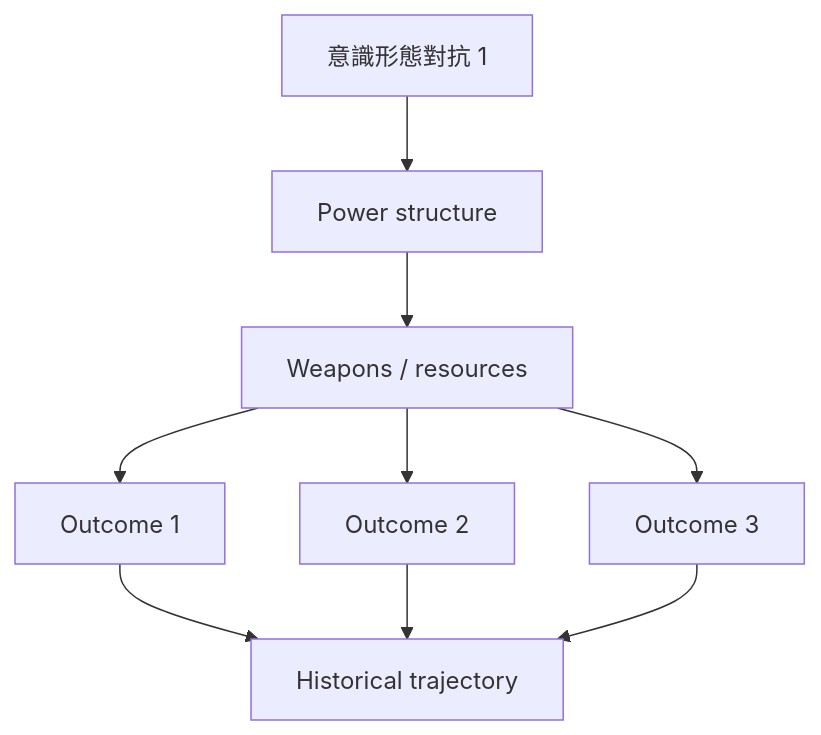
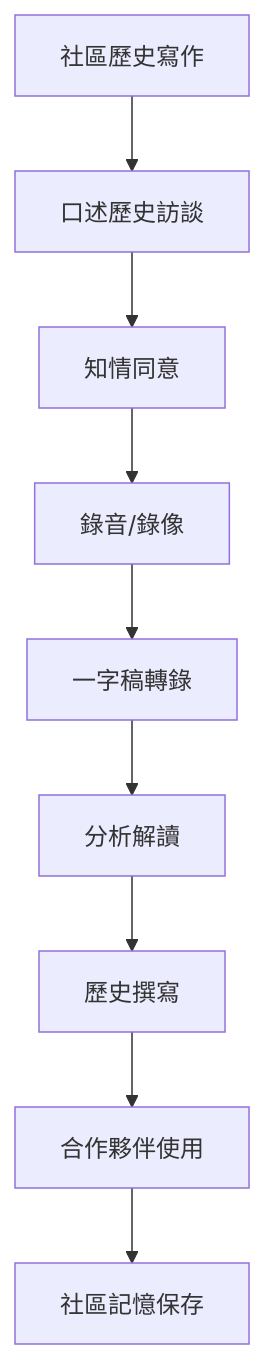
Before and after one commit to yip-lgtm/HKU-Harvard-History-Self-Study: the second of 10 diagrams in 01_HKU_Courses/HIST4035_History_Applied_Internship.md, drawn with Mermaid. The commit also changed other lines of this file and 65 other files, not shown here.

````diff
--- a/01_HKU_Courses/HIST4035_History_Applied_Internship.md
+++ b/01_HKU_Courses/HIST4035_History_Applied_Internship.md
@@ -146,11 +172,11 @@
 ```mermaid
-graph TD
-    A[意識形態對抗 1] --> B[Power structure]
-    B --> C[Weapons / resources]
-    C --> D[Outcome 1]
-    C --> E[Outcome 2]
-    C --> F[Outcome 3]
-    D --> G[Historical trajectory]
-    E --> G
-    F --> G
+flowchart TD
+    A[社區歷史寫作] --> B[口述歷史訪談]
+    B --> C[知情同意]
+    C --> D[錄音/錄像]
+    D --> E[一字稿轉錄]
+    E --> F[分析解讀]
+    F --> G[歷史撰寫]
+    G --> H[合作夥伴使用]
+    H --> I[社區記憶保存]
 ```
````
